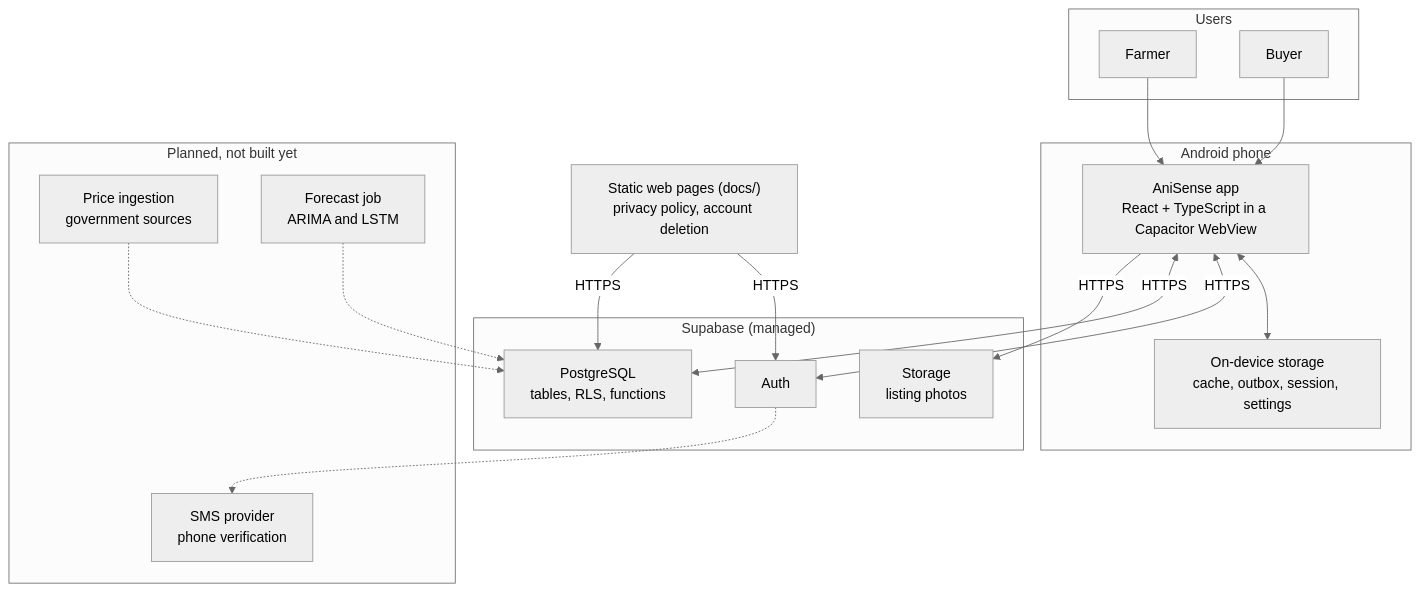
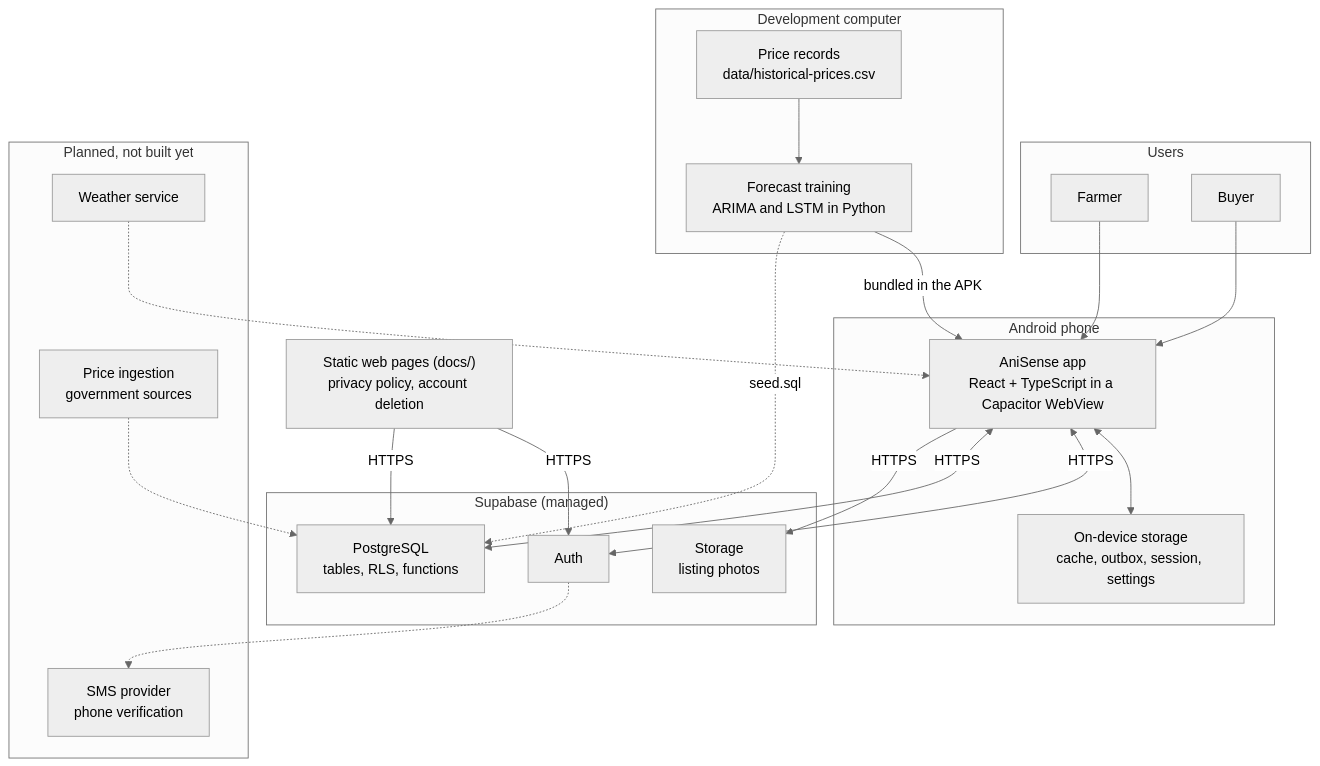
One commit to yslruzly/AniSense changed the first of 9 diagrams in ARCHITECTURE.md. Above: the diagram before and after it, drawn with Mermaid (neutral theme). The commit also changed other lines of this file and 4 other files, not shown here.

````diff
--- a/ARCHITECTURE.md
+++ b/ARCHITECTURE.md
@@ -22,38 +22,46 @@
 ```mermaid
 flowchart TB
   subgraph Users
     Farmer["Farmer"]
     Buyer["Buyer"]
   end
 
   subgraph Device["Android phone"]
     App["AniSense app<br/>React + TypeScript in a Capacitor WebView"]
     Local["On-device storage<br/>cache, outbox, session, settings"]
   end
 
   subgraph Supabase["Supabase (managed)"]
     Auth["Auth"]
     DB["PostgreSQL<br/>tables, RLS, functions"]
     Storage["Storage<br/>listing photos"]
   end
 
   Web["Static web pages (docs/)<br/>privacy policy, account deletion"]
 
+  subgraph Build["Development computer"]
+    Csv["Price records<br/>data/historical-prices.csv"]
+    Train["Forecast training<br/>ARIMA and LSTM in Python"]
+  end
+
   subgraph Planned["Planned, not built yet"]
     SMS["SMS provider<br/>phone verification"]
     Prices["Price ingestion<br/>government sources"]
-    Models["Forecast job<br/>ARIMA and LSTM"]
+    Wx["Weather service"]
   end
 
   Farmer --> App
   Buyer --> App
   App <--> Local
   App <-->|HTTPS| Auth
   App <-->|HTTPS| DB
   App -->|HTTPS| Storage
   Web -->|HTTPS| Auth
   Web -->|HTTPS| DB
+  Csv --> Train
+  Train -->|bundled in the APK| App
+  Train -.->|seed.sql| DB
   Auth -.-> SMS
   Prices -.-> DB
-  Models -.-> DB
+  Wx -.-> App
 ```
````
